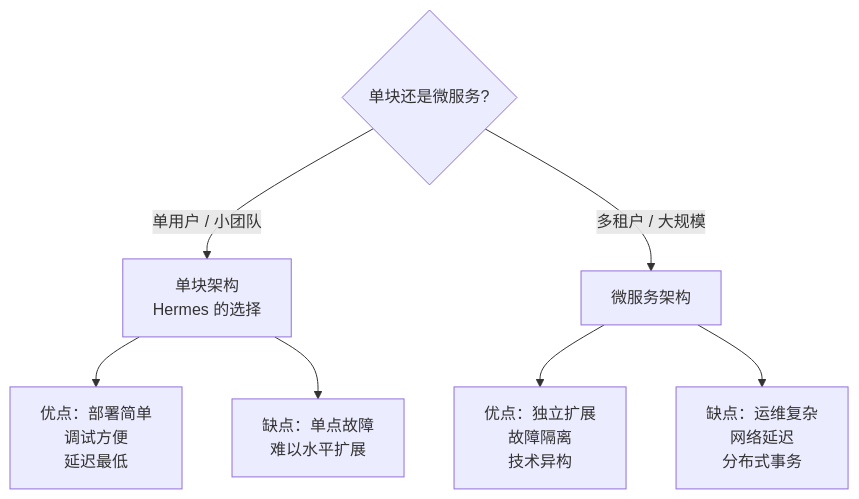
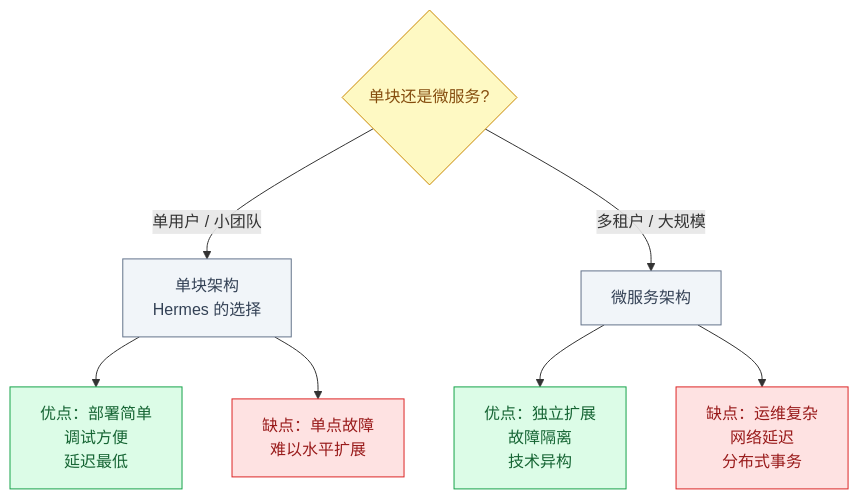
Before and after one commit to pty819/hermes-docs: the second of 5 diagrams in chapters/build-your-own.rst, drawn with Mermaid. The commit also changed other lines of this file and 27 other files, not shown here.

```diff
--- a/chapters/build-your-own.rst
+++ b/chapters/build-your-own.rst
@@ -261,10 +271,21 @@
 .. mermaid::
+   :name: monolith-vs-microservice
+   :caption: 单块 vs 微服务架构选型
 
-   graph TD
+   flowchart TD
        Q{"单块还是微服务?"}
        Q -->|"单用户 / 小团队"| M["单块架构<br/>Hermes 的选择"]
        Q -->|"多租户 / 大规模"| S["微服务架构"]
        M --> M1["优点：部署简单<br/>调试方便<br/>延迟最低"]
        M --> M2["缺点：单点故障<br/>难以水平扩展"]
        S --> S1["优点：独立扩展<br/>故障隔离<br/>技术异构"]
        S --> S2["缺点：运维复杂<br/>网络延迟<br/>分布式事务"]
+
+       classDef warn fill:#fef9c3,stroke:#ca8a04,color:#854d0e
+       classDef success fill:#dcfce7,stroke:#16a34a,color:#166534
+       classDef fail fill:#fee2e2,stroke:#dc2626,color:#991b1b
+       classDef info fill:#f1f5f9,stroke:#64748b,color:#334155
+       class Q warn
+       class M,S info
+       class M1,S1 success
+       class M2,S2 fail
```
